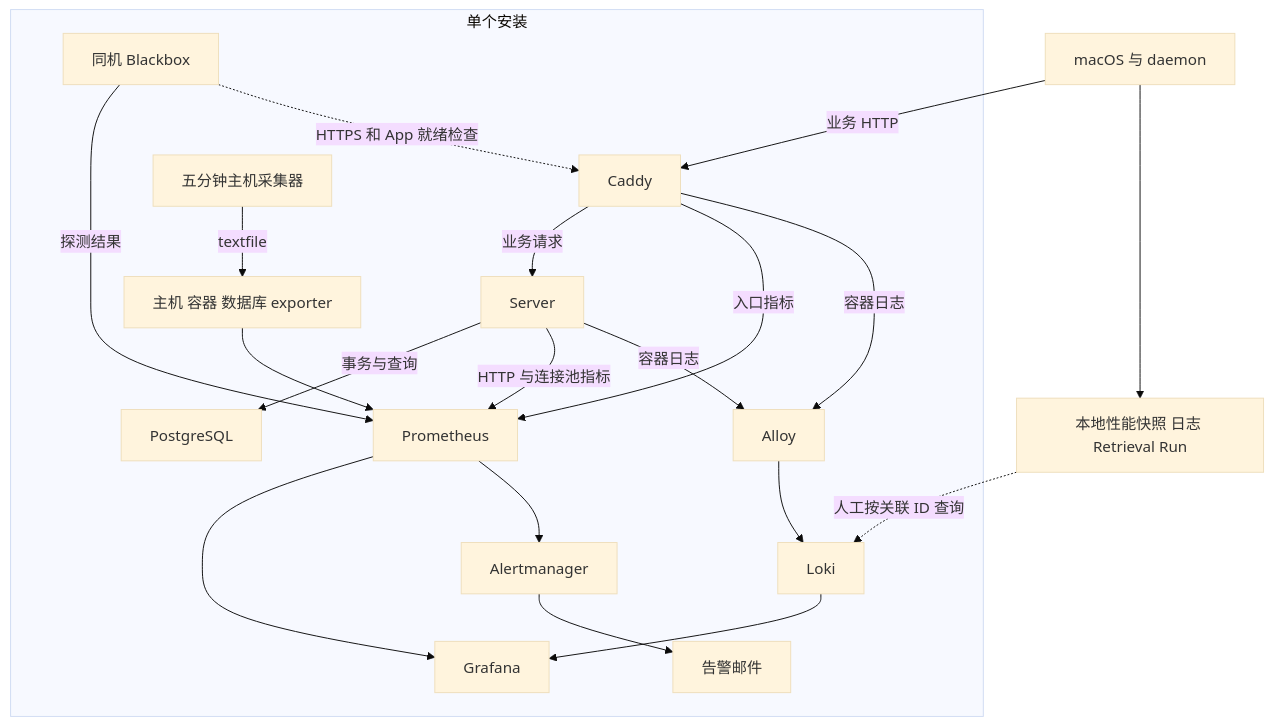
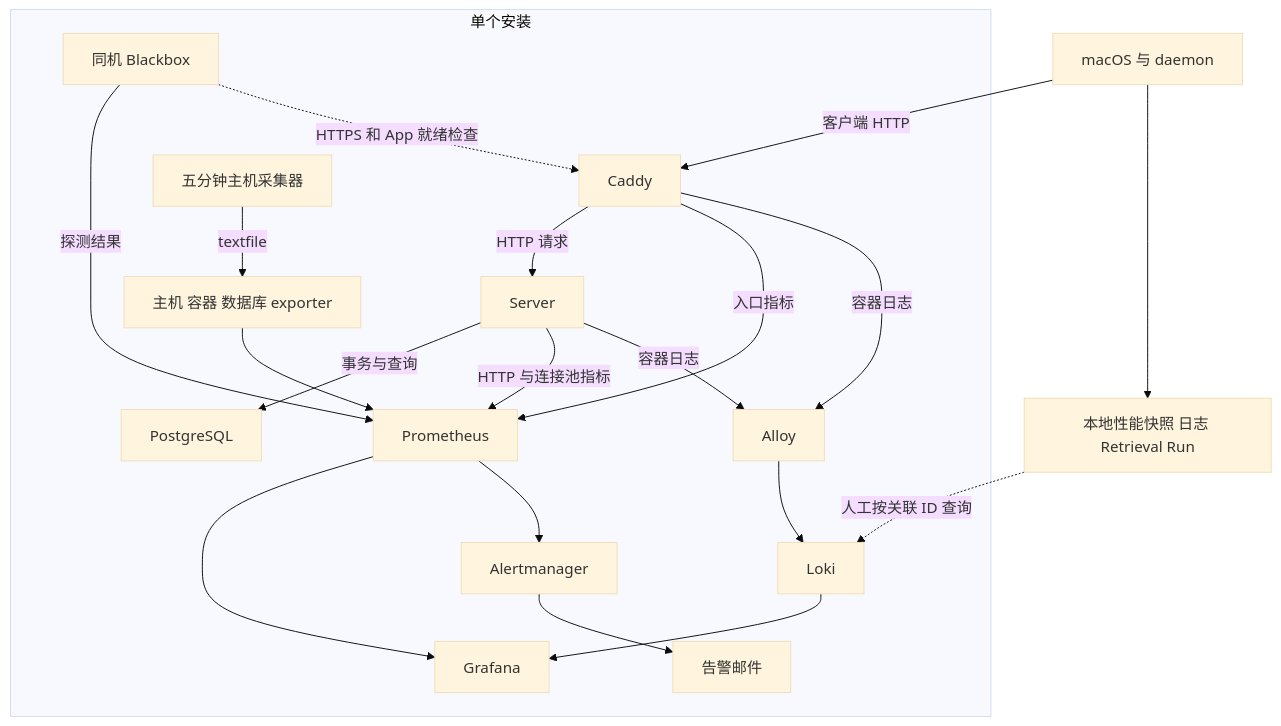
The diagram in docs/zh/performance/observability-plan.md (lilhammerfun/clumsies), drawn with Mermaid (base theme) before and after one commit. The commit also changed other lines of this file and 16 other files, not shown here.

````diff
--- a/docs/zh/performance/observability-plan.md
+++ b/docs/zh/performance/observability-plan.md
@@ -20,23 +20,23 @@
 ```mermaid
 flowchart TB
     subgraph center["单个安装"]
-        Edge["Caddy"] -->|业务请求| Server["Server"]
+        Edge["Caddy"] -->|HTTP 请求| Server["Server"]
         Server -->|事务与查询| DB["PostgreSQL"]
         Edge -->|入口指标| Prom["Prometheus"]
         Server -->|HTTP 与连接池指标| Prom
         Export["主机 容器 数据库 exporter"] --> Prom
         Timer["五分钟主机采集器"] -->|textfile| Export
         Probe["同机 Blackbox"] -->|探测结果| Prom
         Probe -.->|HTTPS 和 App 就绪检查| Edge
         Edge -->|容器日志| Alloy["Alloy"]
         Server -->|容器日志| Alloy
         Alloy --> Loki["Loki"]
         Prom --> Grafana["Grafana"]
         Loki --> Grafana
         Prom --> AM["Alertmanager"]
         AM --> Mail["告警邮件"]
     end
-    App["macOS 与 daemon"] -->|业务 HTTP| Edge
+    App["macOS 与 daemon"] -->|客户端 HTTP| Edge
     App --> Local["本地性能快照 日志 Retrieval Run"]
     Local -.->|人工按关联 ID 查询| Loki
 ```
````
